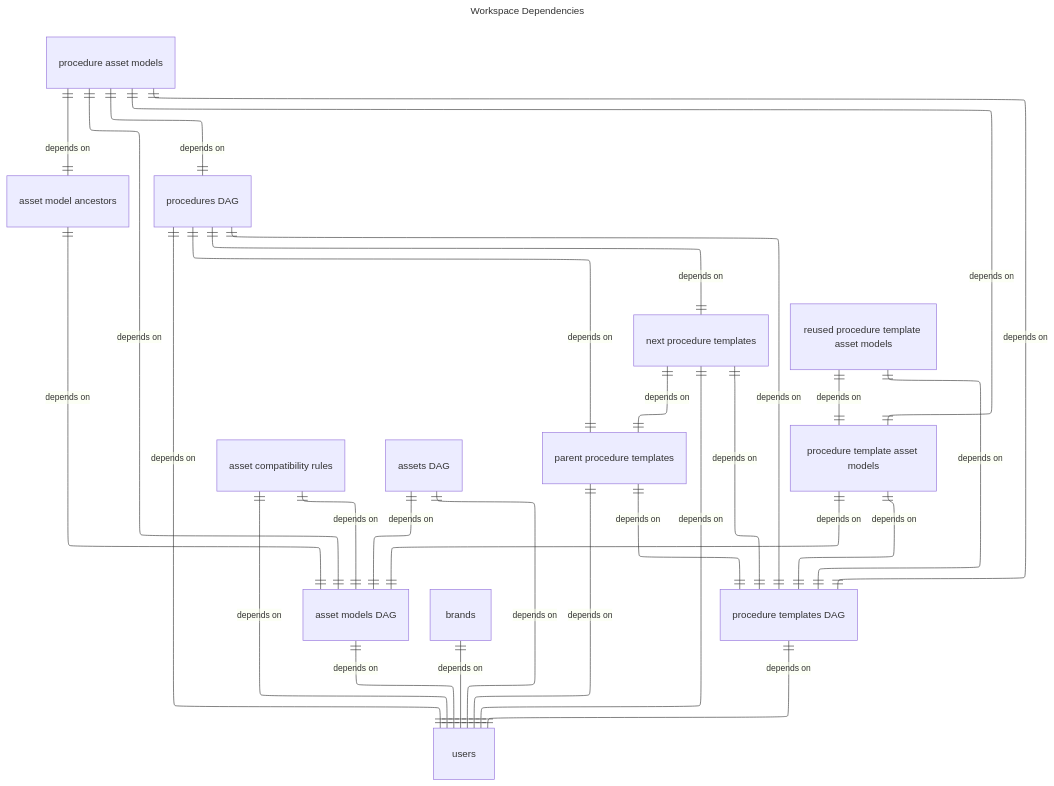
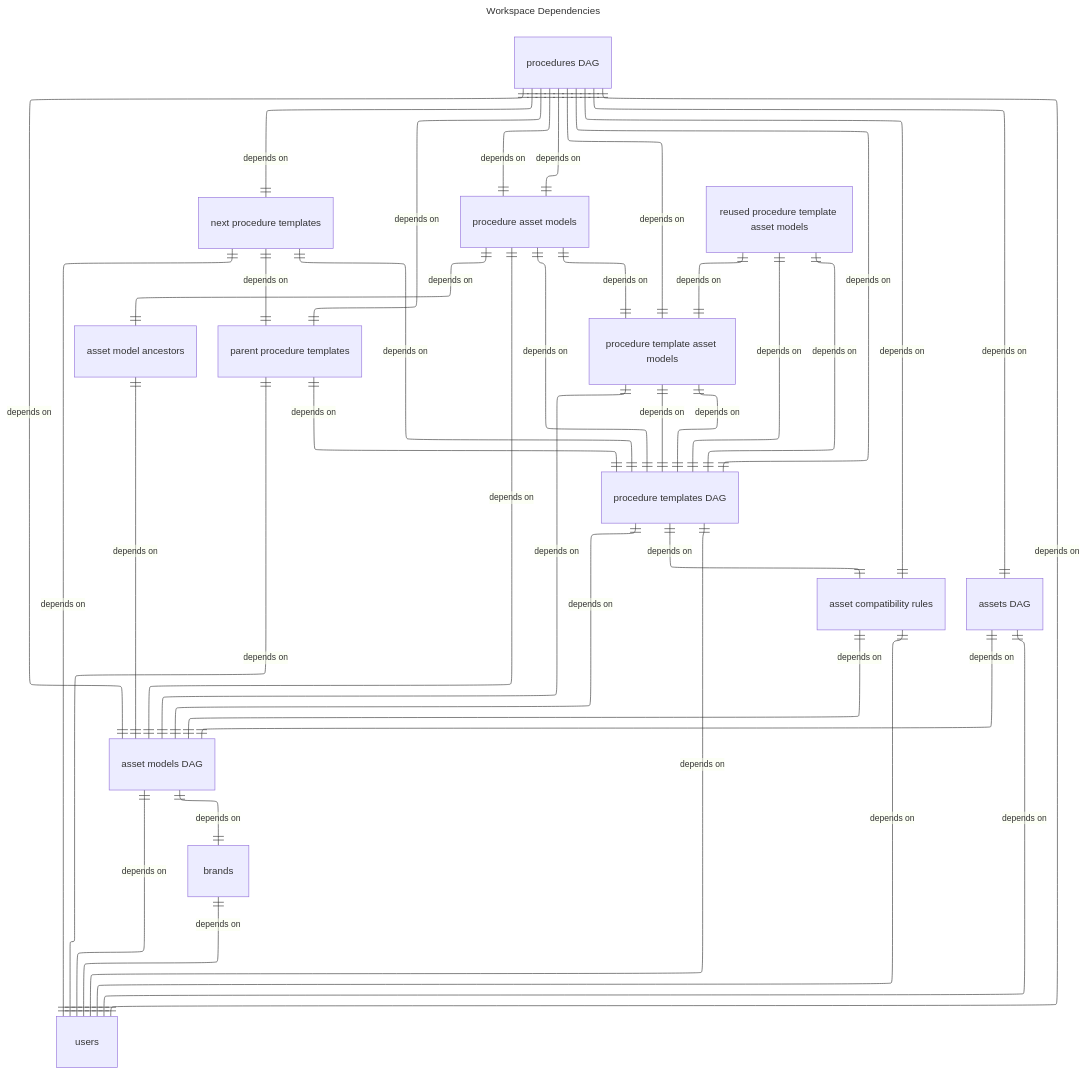
One commit to earth-metabolome-initiative/asset-procedure-schema changed the diagram in builder/workspace_dependencies.mmd. Above: the diagram before and after it, drawn with Mermaid. The commit also changed 4 other files, not shown here.

```diff
--- a/builder/workspace_dependencies.mmd
+++ b/builder/workspace_dependencies.mmd
@@ -1,48 +1,58 @@
 ---
 config:
   layout: elk
   theme: default
   look: classic
 title: Workspace Dependencies
 ---
 erDiagram
 direction TB
 v2["asset compatibility rules"]
 v3["asset model ancestors"]
 v4["asset models DAG"]
 v5["assets DAG"]
 v11["brands"]
 v57["next procedure templates"]
 v61["parent procedure templates"]
 v69["procedure asset models"]
 v70["procedure template asset models"]
 v71["procedure templates DAG"]
 v72["procedures DAG"]
 v73["reused procedure template asset models"]
 v82["users"]
+v71 ||--|| v70 : "depends on"
+v71 ||--|| v4 : "depends on"
+v72 ||--|| v71 : "depends on"
+v72 ||--|| v69 : "depends on"
+v72 ||--|| v70 : "depends on"
+v72 ||--|| v4 : "depends on"
+v72 ||--|| v5 : "depends on"
 v2 ||--|| v4 : "depends on"
 v2 ||--|| v82 : "depends on"
 v3 ||--|| v4 : "depends on"
 v4 ||--|| v82 : "depends on"
 v5 ||--|| v4 : "depends on"
 v5 ||--|| v82 : "depends on"
+v71 ||--|| v2 : "depends on"
+v72 ||--|| v2 : "depends on"
 v11 ||--|| v82 : "depends on"
+v4 ||--|| v11 : "depends on"
 v57 ||--|| v61 : "depends on"
 v57 ||--|| v71 : "depends on"
 v57 ||--|| v82 : "depends on"
 v61 ||--|| v71 : "depends on"
 v61 ||--|| v82 : "depends on"
 v69 ||--|| v3 : "depends on"
 v69 ||--|| v4 : "depends on"
 v69 ||--|| v70 : "depends on"
 v69 ||--|| v71 : "depends on"
 v69 ||--|| v72 : "depends on"
 v70 ||--|| v4 : "depends on"
 v70 ||--|| v71 : "depends on"
 v71 ||--|| v82 : "depends on"
 v72 ||--|| v57 : "depends on"
 v72 ||--|| v61 : "depends on"
-v72 ||--|| v71 : "depends on"
 v72 ||--|| v82 : "depends on"
 v73 ||--|| v70 : "depends on"
 v73 ||--|| v71 : "depends on"
+v71 ||--|| v73 : "depends on"
```
